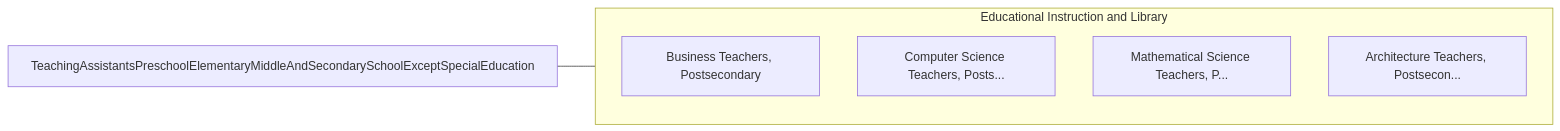
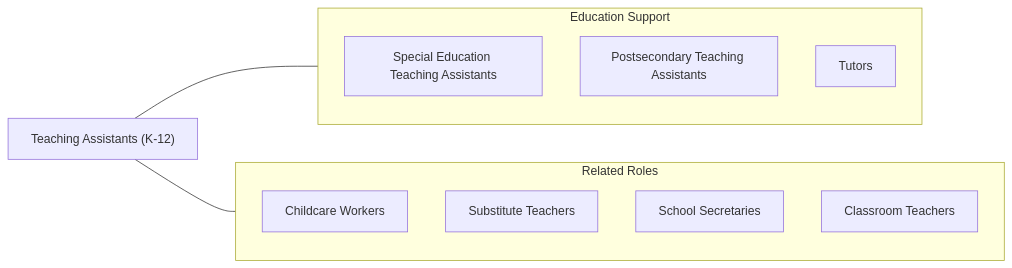
The fourth of 4 diagrams in occupations/Education/TeachingAssistantsPreschoolElementaryMiddleAndSecondarySchoolExceptSpecialEducation.mdx (kziemski/business.org.ai), drawn with Mermaid before and after one commit. The commit also changed other lines of this file and 938 other files, not shown here.

````diff
--- a/occupations/Education/TeachingAssistantsPreschoolElementaryMiddleAndSecondarySchoolExceptSpecialEducation.mdx
+++ b/occupations/Education/TeachingAssistantsPreschoolElementaryMiddleAndSecondarySchoolExceptSpecialEducation.mdx
@@ -102,13 +167,20 @@
 ```mermaid
 graph LR
-    Current["TeachingAssistantsPreschoolElementaryMiddleAndSecondarySchoolExceptSpecialEducation"]
+    Current["Teaching Assistants (K-12)"]
 
-    subgraph SameCategory["Educational Instruction and Library"]
-        BusinessTeachersPost["Business Teachers, Postsecondary"]
-        ComputerScienceTeach["Computer Science Teachers, Posts..."]
-        MathematicalScienceT["Mathematical Science Teachers, P..."]
-        ArchitectureTeachers["Architecture Teachers, Postsecon..."]
+    subgraph SameCategory["Education Support"]
+        SpEdTA["Special Education Teaching Assistants"]
+        PostsecTA["Postsecondary Teaching Assistants"]
+        Tutors["Tutors"]
+    end
+
+    subgraph CrossFunctional["Related Roles"]
+        ChildcareWorkers["Childcare Workers"]
+        SubTeachers["Substitute Teachers"]
+        SchoolSecretaries["School Secretaries"]
+        Teachers["Classroom Teachers"]
     end
 
     Current --- SameCategory
+    Current --- CrossFunctional
 ```
````
